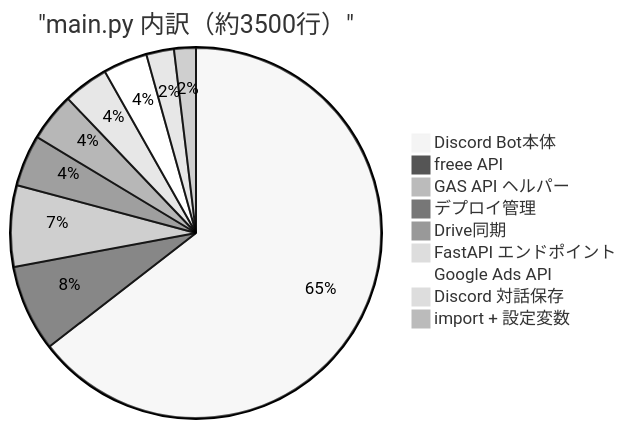
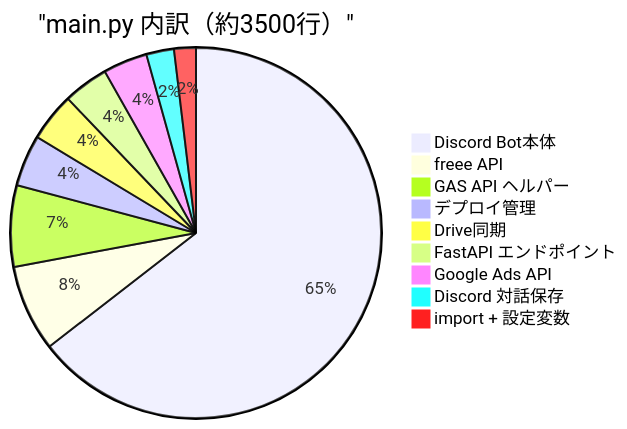
Before and after one commit to correlate000/public-zenn-docs: the first of 2 diagrams in articles/python-module-splitting.md, drawn with Mermaid.

Commit message:
fix: 円グラフをdefaultテーマに変更（視認性改善）
python-module-splitting.md の pie チャートは neutral テーマだと
色の区別がつきにくいため、default テーマに戻す。

フロー図・シーケンス図は neutral のまま（ダークモード対応）。

````diff
--- a/articles/python-module-splitting.md
+++ b/articles/python-module-splitting.md
@@ -41,13 +41,13 @@
 ```mermaid
-%%{init: {'theme':'neutral'}}%%
+%%{init: {'theme':'default'}}%%
 pie title "main.py 内訳（約3500行）"
     "Discord Bot本体" : 2272
     "freee API" : 266
     "GAS API ヘルパー" : 250
     "デプロイ管理" : 158
     "Drive同期" : 149
     "FastAPI エンドポイント" : 139
     "Google Ads API" : 136
     "Discord 対話保存" : 85
     "import + 設定変数" : 67
 ```
````
